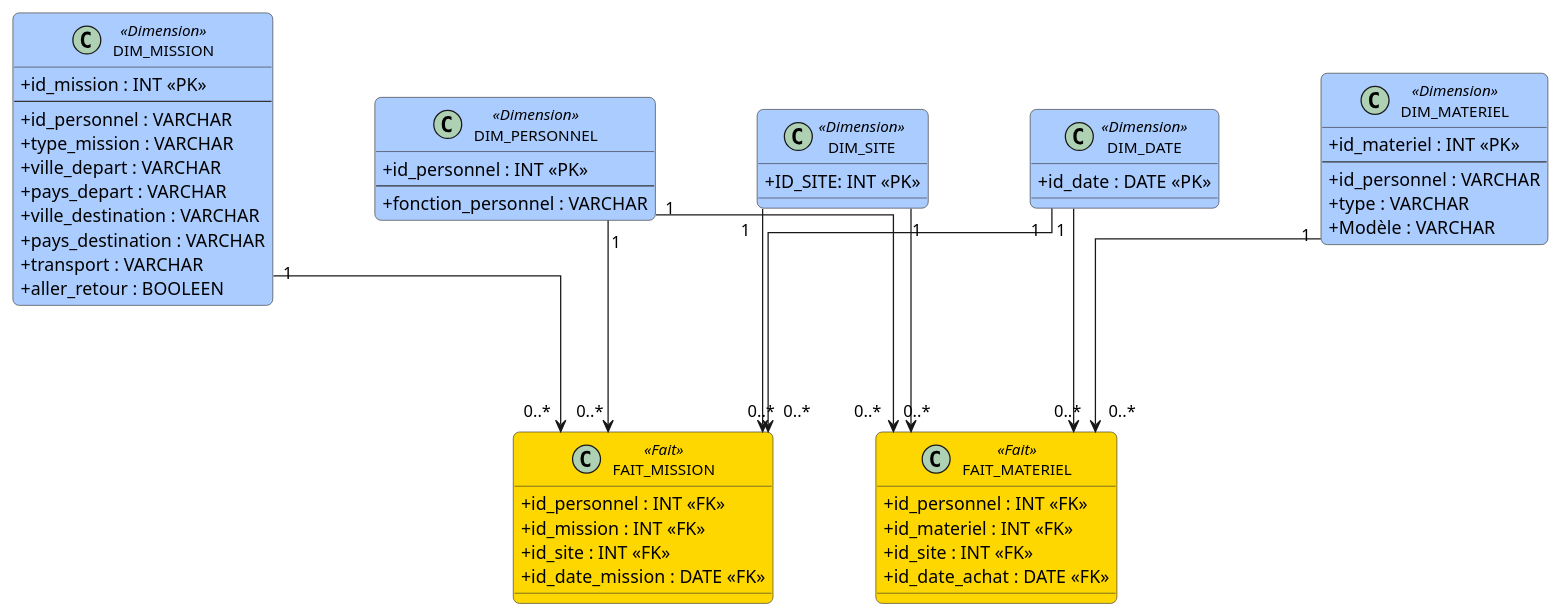
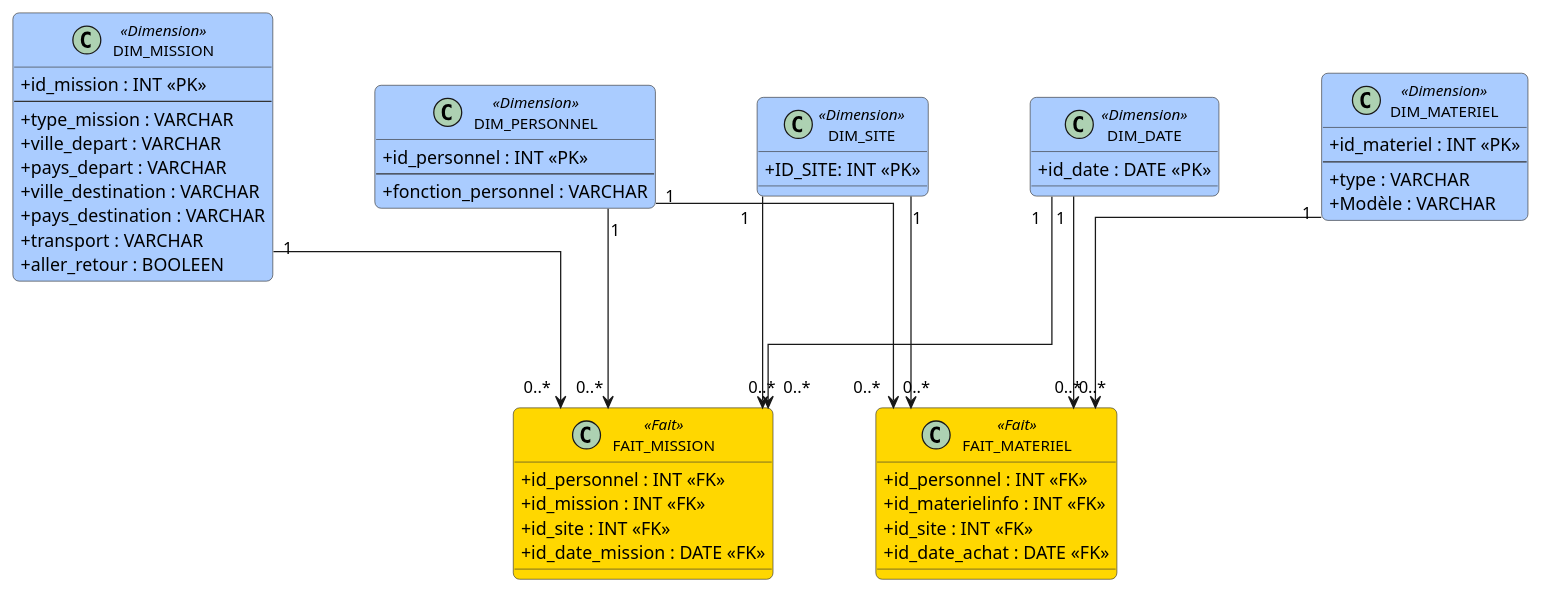
Before and after one commit to etiennevzn/GHG-inventory: the diagram in data.puml, drawn with PlantUML. The commit also changed 2 other files, not shown here.

```diff
--- a/data.puml
+++ b/data.puml
@@ -1,92 +1,90 @@
 @startuml ModeleDonnees
 
 skinparam classAttributeIconSize 0
 skinparam linetype ortho
 skinparam nodesep 80
 skinparam ranksep 100
 skinparam shadowing false
 skinparam roundCorner 10
 skinparam class {
   BackgroundColor<<Fait>> #FFD700
   BackgroundColor<<Dimension>> #AACCFF
   BorderColor #333333
   FontSize 12
 }
 
 ' ===== DIMENSIONS PARTAGÉES / HAUT =====
 class DIM_MISSION << Dimension >> {
   + id_mission : INT <<PK>>
   --
-  + id_personnel : VARCHAR
   + type_mission : VARCHAR
   + ville_depart : VARCHAR
   + pays_depart : VARCHAR
   + ville_destination : VARCHAR
   + pays_destination : VARCHAR
   + transport : VARCHAR
   + aller_retour : BOOLEEN  
 }
 
 class DIM_MATERIEL << Dimension >> {
   + id_materiel : INT <<PK>>
   --
-  + id_personnel : VARCHAR
   + type : VARCHAR
   + Modèle : VARCHAR
 }
 
 ' ===== DIMENSION CENTRALE PARTAGÉE =====
 class DIM_PERSONNEL << Dimension >> {
   + id_personnel : INT <<PK>>
   --
   + fonction_personnel : VARCHAR
 }
 
 class DIM_SITE << Dimension >> {
   + ID_SITE: INT <<PK>>
 }
 
 class DIM_DATE << Dimension >> {
   + id_date : DATE <<PK>>
 }
 
 ' ===== TABLES DE FAITS =====
 class FAIT_MISSION << Fait >> {
   + id_personnel : INT <<FK>>
   + id_mission : INT <<FK>>
   + id_site : INT <<FK>>
   + id_date_mission : DATE <<FK>>
 }
 
 class FAIT_MATERIEL << Fait >> {
   + id_personnel : INT <<FK>>
-  + id_materiel : INT <<FK>>
+  + id_materielinfo : INT <<FK>>
   + id_site : INT <<FK>>
   + id_date_achat : DATE <<FK>>
 }
 
 ' ===== POSITIONNEMENT =====
 ' Ligne du haut : dimensions spécifiques
 DIM_MISSION  -[hidden]right- DIM_MATERIEL
 
 ' Faits côte à côte au milieu
 FAIT_MISSION -[hidden]right- FAIT_MATERIEL
 
 ' Ligne du bas : dimensions partagées
 DIM_PERSONNEL -[hidden]right- DIM_SITE
 
 ' ===== RELATIONS FAIT_MISSION =====
 DIM_MISSION       "1" --> "0..*" FAIT_MISSION
 DIM_PERSONNEL     "1" --> "0..*" FAIT_MISSION
 DIM_SITE          "1" --> "0..*" FAIT_MISSION
 DIM_DATE    "1" --> "0..*" FAIT_MISSION
 
 ' ===== RELATIONS FAIT_MATERIEL =====
 DIM_MATERIEL      "1" --> "0..*" FAIT_MATERIEL
 DIM_PERSONNEL     "1" --> "0..*" FAIT_MATERIEL
 DIM_SITE          "1" --> "0..*" FAIT_MATERIEL
 DIM_DATE  "1" --> "0..*" FAIT_MATERIEL
 
 
 
 @enduml
```
